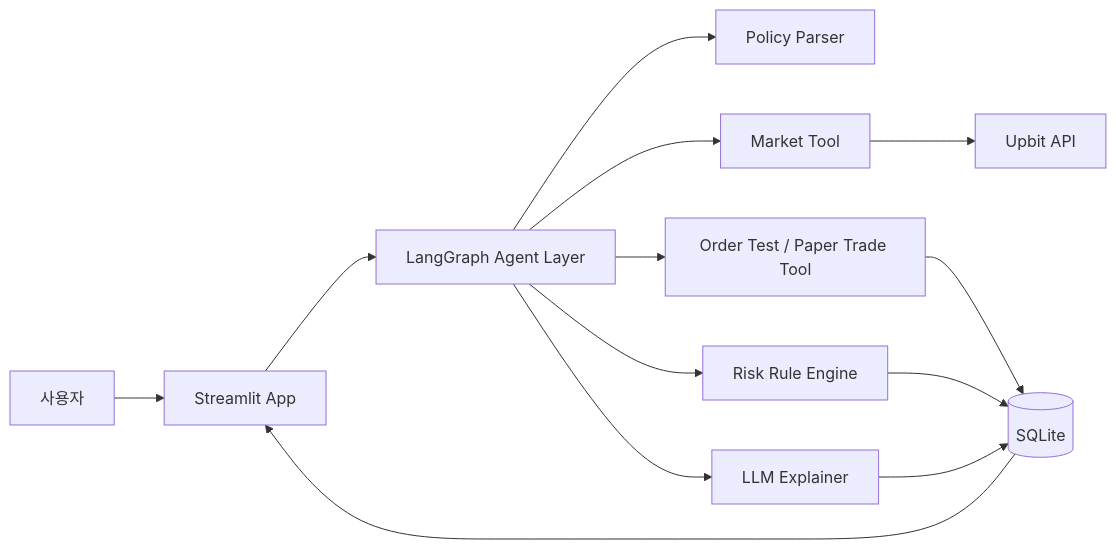
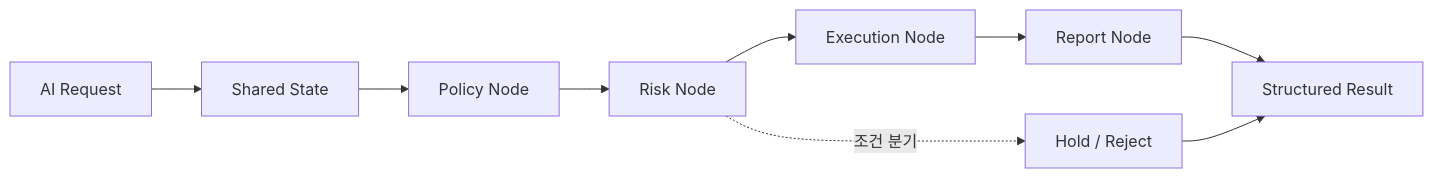
Before and after one commit to UpstageAI/sw-maestro-project: the eighth of 9 diagrams in PROPOSAL.md, drawn with Mermaid. The commit also changed other lines of this file, not shown here.

````diff
--- a/PROPOSAL.md
+++ b/PROPOSAL.md
@@ -222,15 +432,11 @@
 ```mermaid
 flowchart LR
-    User[사용자] --> App[Streamlit App]
-    App --> Agent[LangGraph Agent Layer]
-    Agent --> Policy[Policy Parser]
-    Agent --> Market[Market Tool]
-    Agent --> Risk[Risk Rule Engine]
-    Agent --> Explainer[LLM Explainer]
-    Agent --> PaperTrade[Order Test / Paper Trade Tool]
-    Market --> UpbitAPI[Upbit API]
-    PaperTrade --> Store[(SQLite)]
-    Risk --> Store
-    Explainer --> Store
-    Store --> App
+    IN[AI Request] --> S[Shared State]
+    S --> N1[Policy Node]
+    N1 --> N2[Risk Node]
+    N2 --> N3[Execution Node]
+    N3 --> N4[Report Node]
+    N4 --> OUT[Structured Result]
+    N2 -.조건 분기.-> HOLD[Hold / Reject]
+    HOLD --> OUT
 ```
````
